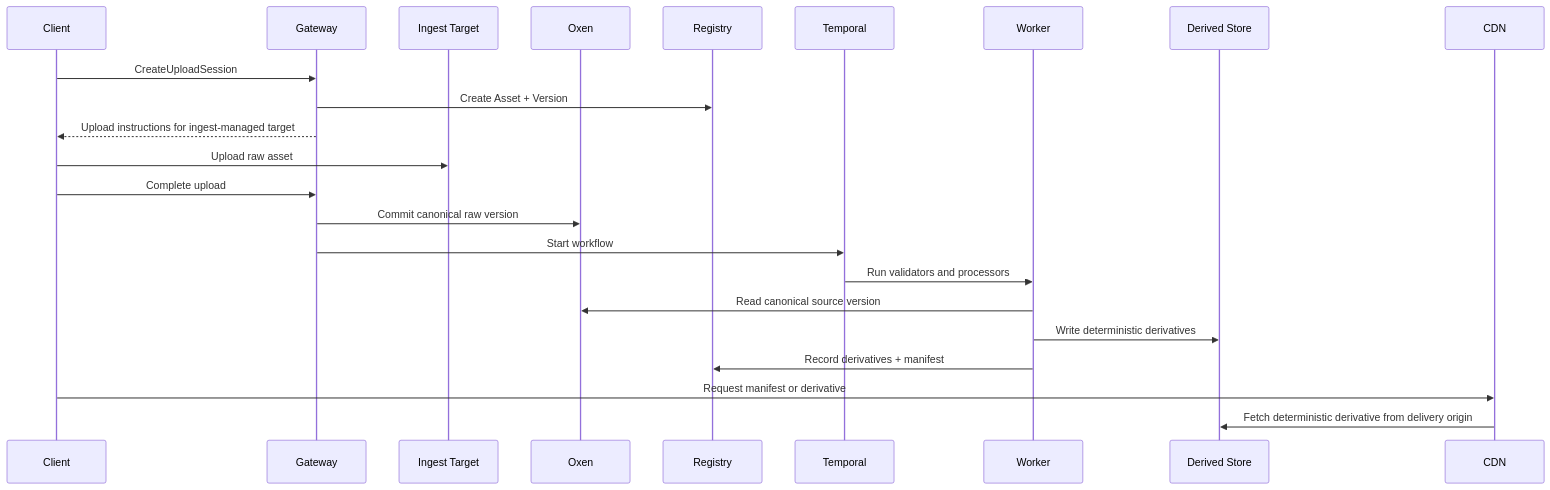
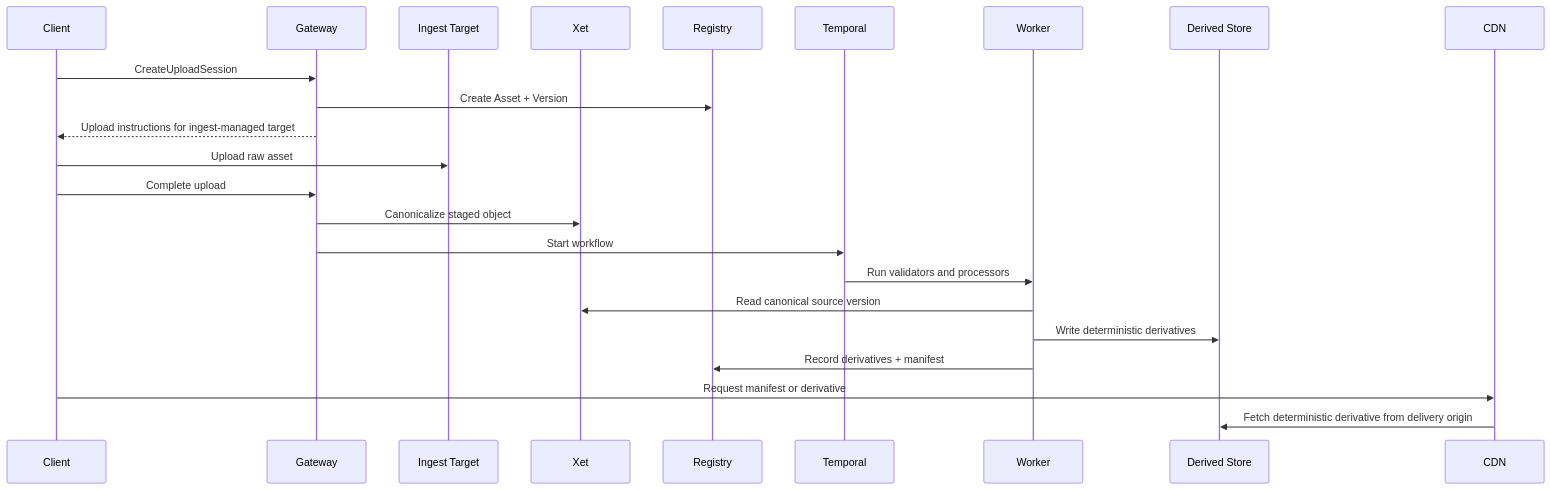
The third of 8 diagrams in docs/architecture.md (Yeusepe/cdngine), drawn with Mermaid before and after one commit. The commit also changed other lines of this file and 30 other files, not shown here.

First line of the commit message:
Adopt Xet as canonical content plane

````diff
--- a/docs/architecture.md
+++ b/docs/architecture.md
@@ -191,26 +193,26 @@
 ```mermaid
 sequenceDiagram
     participant C as Client
     participant G as Gateway
     participant I as Ingest Target
-    participant O as Oxen
+    participant O as Xet
     participant R as Registry
     participant T as Temporal
     participant W as Worker
     participant D as Derived Store
     participant CDN as CDN
 
     C->>G: CreateUploadSession
     G->>R: Create Asset + Version
     G-->>C: Upload instructions for ingest-managed target
     C->>I: Upload raw asset
     C->>G: Complete upload
-    G->>O: Commit canonical raw version
+    G->>O: Canonicalize staged object
     G->>T: Start workflow
     T->>W: Run validators and processors
     W->>O: Read canonical source version
     W->>D: Write deterministic derivatives
     W->>R: Record derivatives + manifest
     C->>CDN: Request manifest or derivative
     CDN->>D: Fetch deterministic derivative from delivery origin
 ```
````
